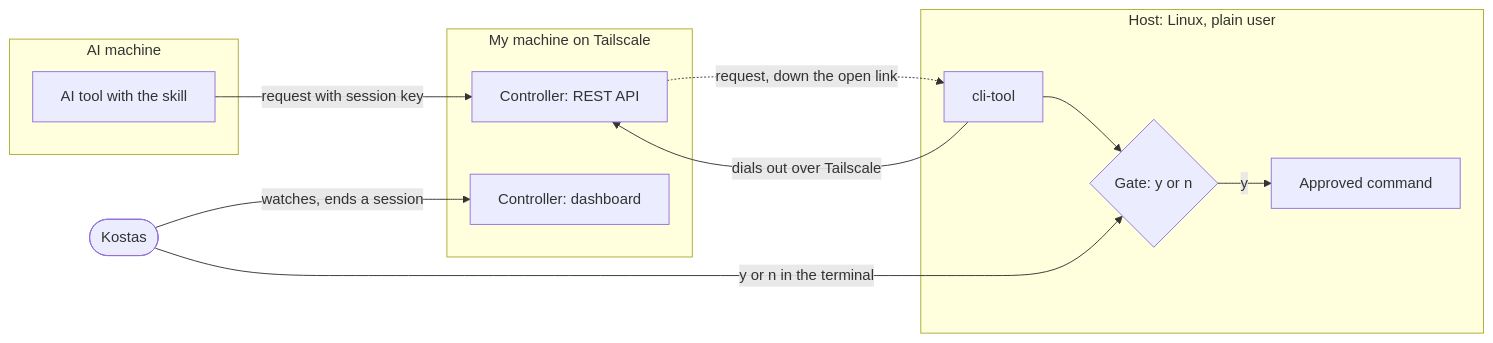
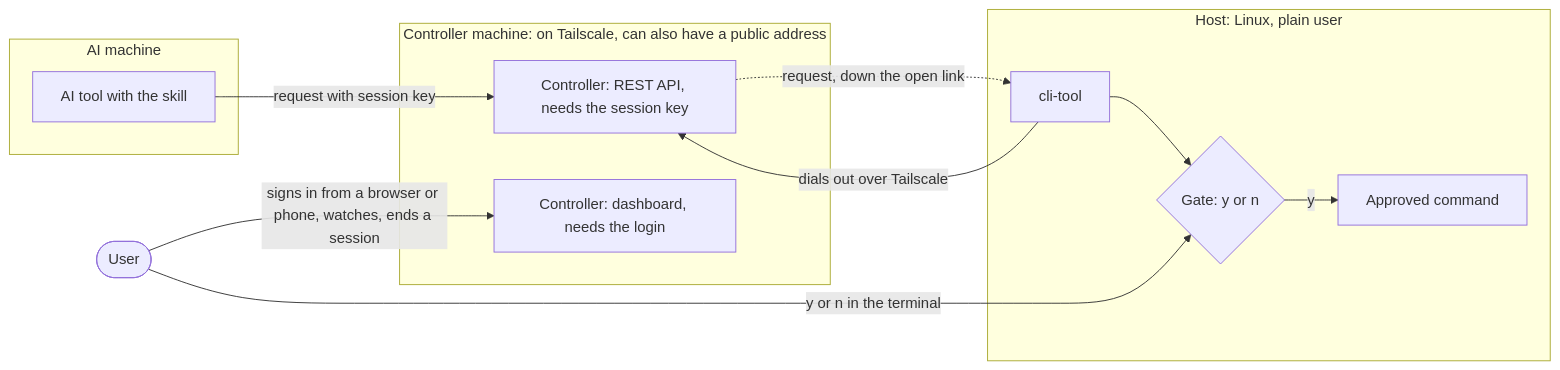
Before and after one commit to kdop/gangway: the first of 8 diagrams in diagrams.draft.md, drawn with Mermaid. The commit also changed other lines of this file and 4 other files, not shown here.

````diff
--- a/diagrams.draft.md
+++ b/diagrams.draft.md
@@ -9,27 +9,27 @@
 ```mermaid
 flowchart LR
-  me(["Kostas"])
+  me(["User"])
 
   subgraph aim["AI machine"]
     ai["AI tool with the skill"]
   end
 
-  subgraph ctl["My machine on Tailscale"]
-    api["Controller: REST API"]
-    dash["Controller: dashboard"]
+  subgraph ctl["Controller machine: on Tailscale, can also have a public address"]
+    api["Controller: REST API, needs the session key"]
+    dash["Controller: dashboard, needs the login"]
   end
 
   subgraph host["Host: Linux, plain user"]
     cli["cli-tool"]
     gate{"Gate: y or n"}
     cmd["Approved command"]
   end
 
   ai -- "request with session key" --> api
   cli -- "dials out over Tailscale" --> api
   api -. "request, down the open link" .-> cli
   cli --> gate
   gate -- "y" --> cmd
   me -- "y or n in the terminal" --> gate
-  me -- "watches, ends a session" --> dash
+  me -- "signs in from a browser or phone, watches, ends a session" --> dash
 ```
````
